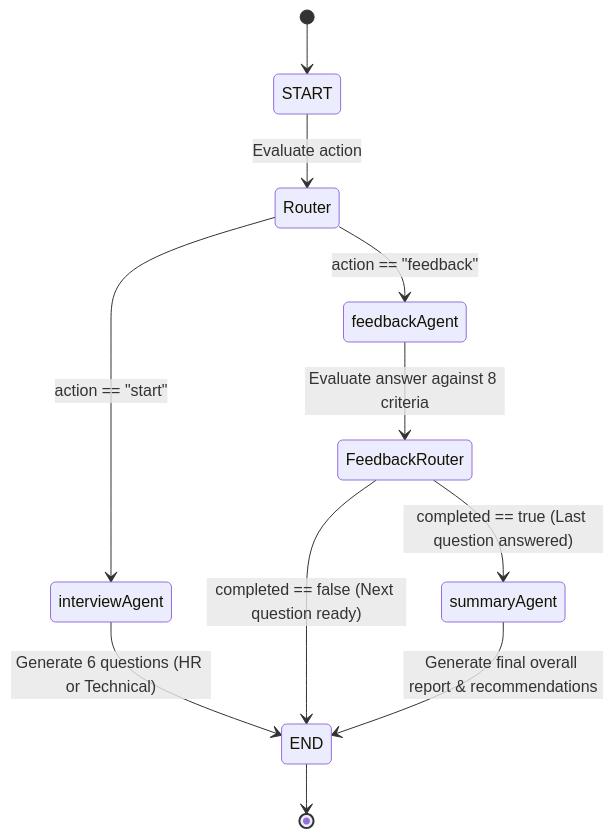
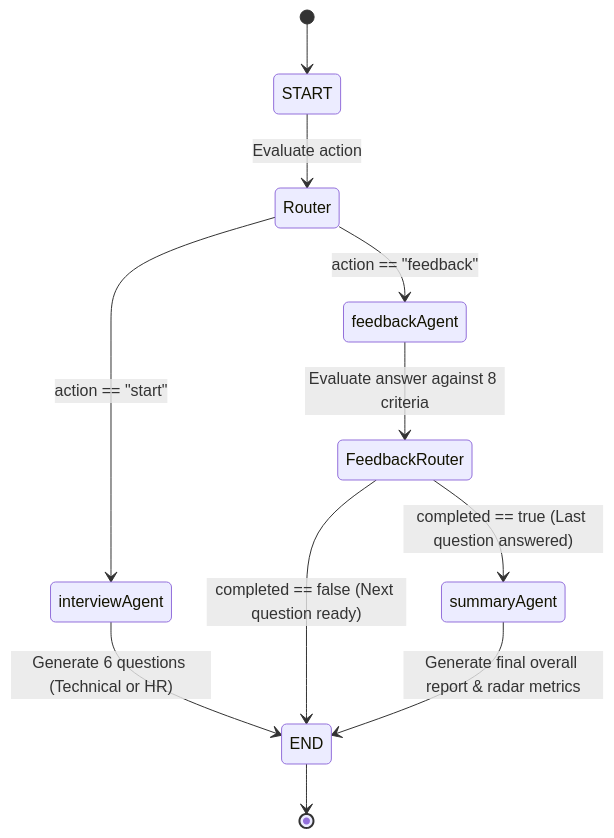
Before and after one commit to Harsh-Sharma-0001/Yugam: the fourth of 5 diagrams in README.md, drawn with Mermaid. The commit also changed other lines of this file, not shown here.

Commit message:
docs(readme): overhaul README with multi-role RBAC, WebRTC live studio, student directory exports, and architecture diagrams

````diff
--- a/README.md
+++ b/README.md
@@ -198,20 +397,20 @@
 ```mermaid
 stateDiagram-v2
     [*] --> START
     START --> Router: Evaluate action
 
     state Router <<choice>>
     Router --> interviewAgent: action == "start"
     Router --> feedbackAgent: action == "feedback"
 
-    interviewAgent --> END: Generate 6 questions (HR or Technical)
+    interviewAgent --> END: Generate 6 questions (Technical or HR)
 
     feedbackAgent --> FeedbackRouter: Evaluate answer against 8 criteria
 
     state FeedbackRouter <<choice>>
     FeedbackRouter --> summaryAgent: completed == true (Last question answered)
     FeedbackRouter --> END: completed == false (Next question ready)
 
-    summaryAgent --> END: Generate final overall report & recommendations
+    summaryAgent --> END: Generate final overall report & radar metrics
     END --> [*]
 ```
````
